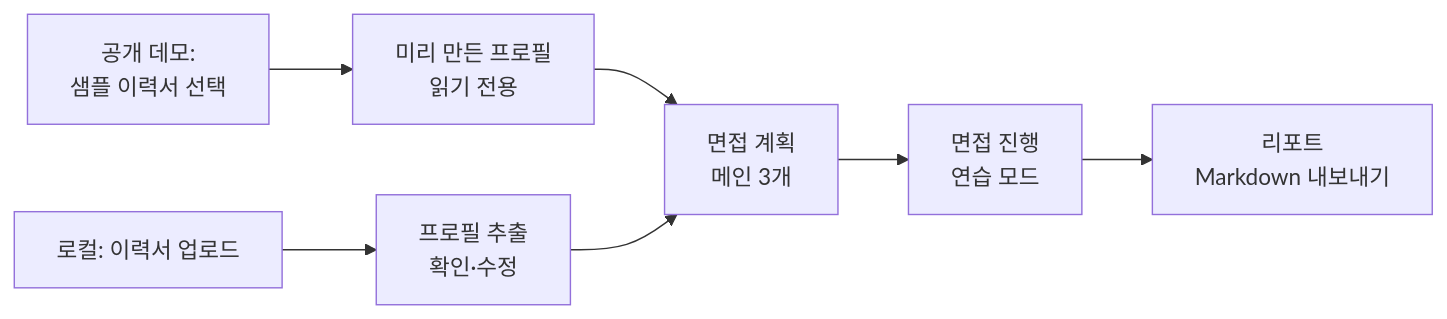
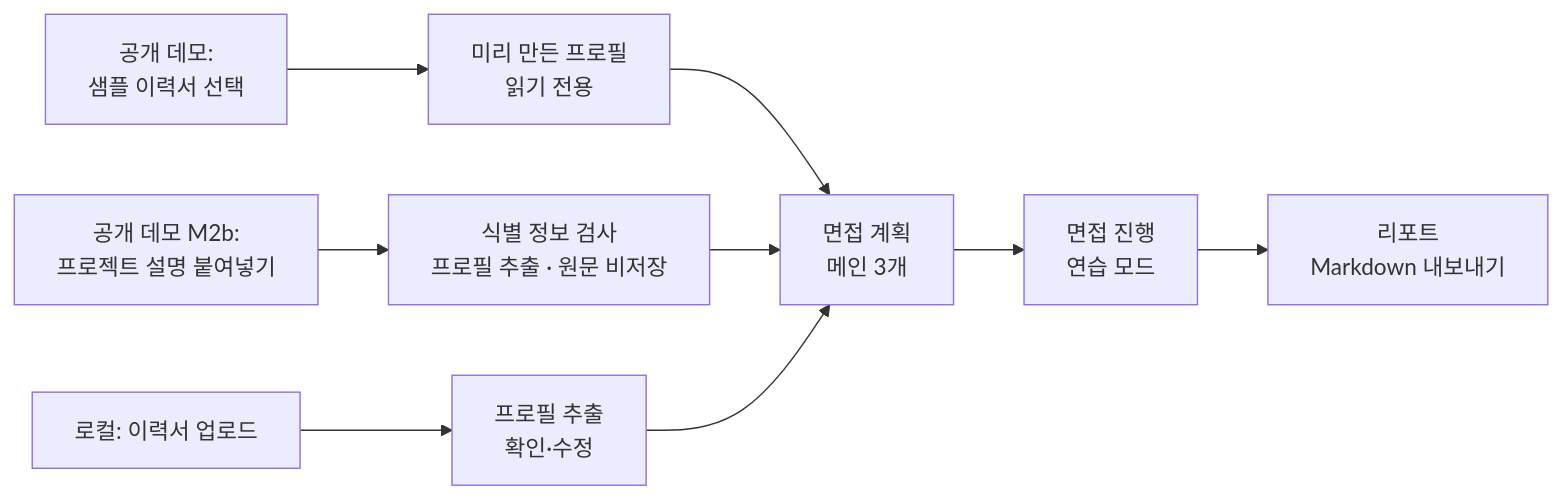
Before and after one commit to jiyoung720/ai-interview-coach: the first of 6 diagrams in docs/design_v2.md, drawn with Mermaid. The commit also changed other lines of this file, not shown here.

First line of the commit message:
docs: 공개 데모에 프로젝트 설명 입력 단계(M2b) 추가

````diff
--- a/docs/design_v2.md
+++ b/docs/design_v2.md
@@ -320,9 +339,11 @@
 ```mermaid
 flowchart LR
     D1[공개 데모:<br/>샘플 이력서 선택] --> U2b[미리 만든 프로필<br/>읽기 전용]
+    D2[공개 데모 M2b:<br/>프로젝트 설명 붙여넣기] --> U2c[식별 정보 검사<br/>프로필 추출 · 원문 비저장]
     L1[로컬: 이력서 업로드] --> U2[프로필 추출<br/>확인·수정]
     U2b --> U3[면접 계획<br/>메인 3개]
+    U2c --> U3
     U2 --> U3
     U3 --> U4[면접 진행<br/>연습 모드]
     U4 --> U5[리포트<br/>Markdown 내보내기]
 ```
````
